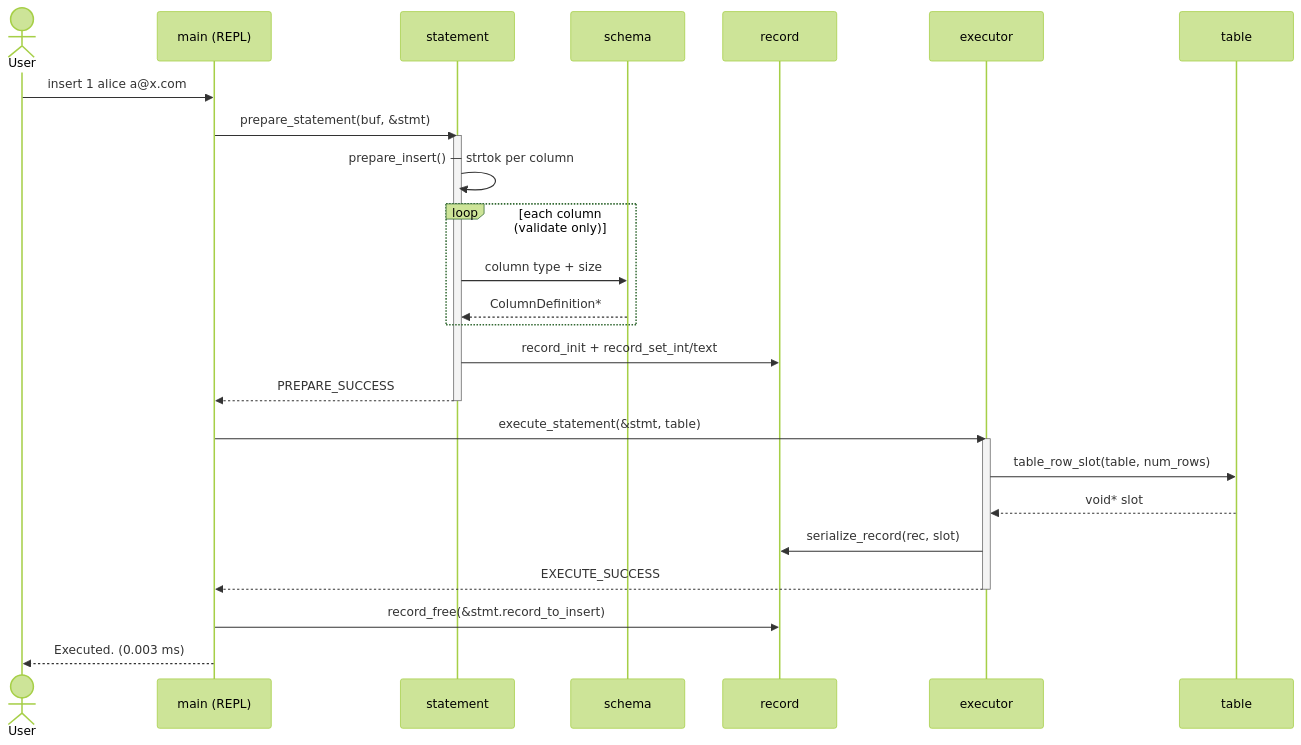
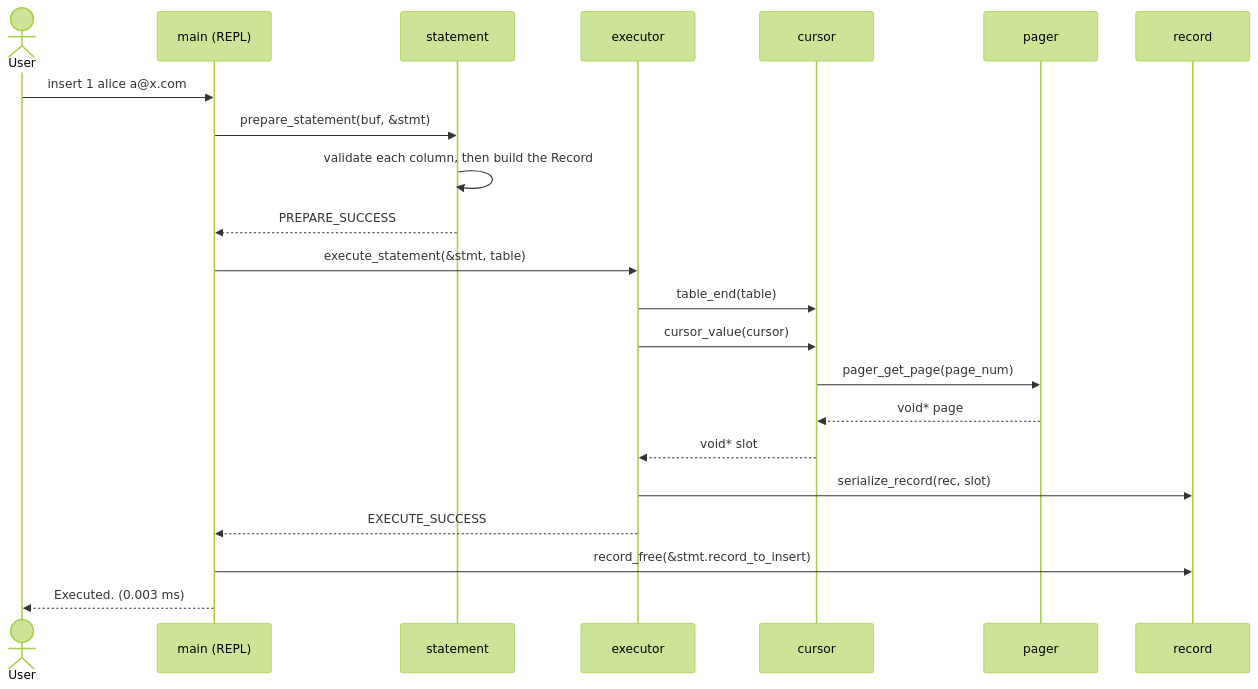
The seventh of 14 diagrams in README.md (Rohitangshu2026/mini-sql), drawn with Mermaid (forest theme) before and after one commit. The commit also changed other lines of this file, not shown here.

Commit message:
docs: update README for disk persistence and the cursor abstraction

````diff
--- a/README.md
+++ b/README.md
@@ -344,33 +375,26 @@
 ```mermaid
 sequenceDiagram
     actor U as User
     participant M as main (REPL)
     participant S as statement
-    participant Sc as schema
+    participant E as executor
+    participant C as cursor
+    participant P as pager
     participant R as record
-    participant E as executor
-    participant T as table
 
     U->>M: insert 1 alice a@x.com
     M->>S: prepare_statement(buf, &stmt)
-    activate S
-    S->>S: prepare_insert() — strtok per column
-    loop each column (validate only)
-        S->>Sc: column type + size
-        Sc-->>S: ColumnDefinition*
-    end
-    S->>R: record_init + record_set_int/text
+    S->>S: validate each column, then build the Record
     S-->>M: PREPARE_SUCCESS
-    deactivate S
 
     M->>E: execute_statement(&stmt, table)
-    activate E
-    E->>T: table_row_slot(table, num_rows)
-    T-->>E: void* slot
+    E->>C: table_end(table)
+    E->>C: cursor_value(cursor)
+    C->>P: pager_get_page(page_num)
+    P-->>C: void* page
+    C-->>E: void* slot
     E->>R: serialize_record(rec, slot)
     E-->>M: EXECUTE_SUCCESS
-    deactivate E
-
     M->>R: record_free(&stmt.record_to_insert)
     M-->>U: Executed. (0.003 ms)
 ```
````
